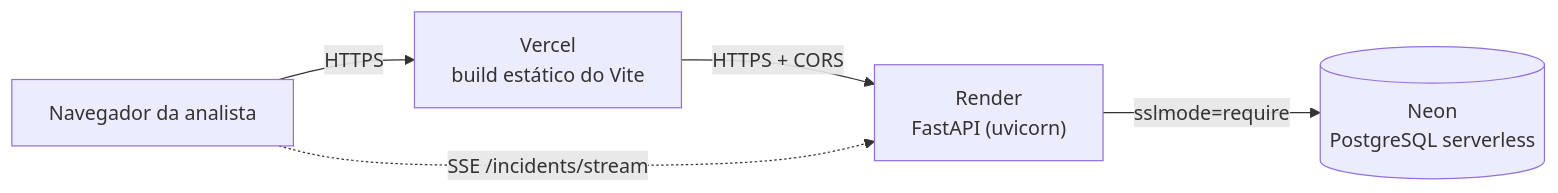
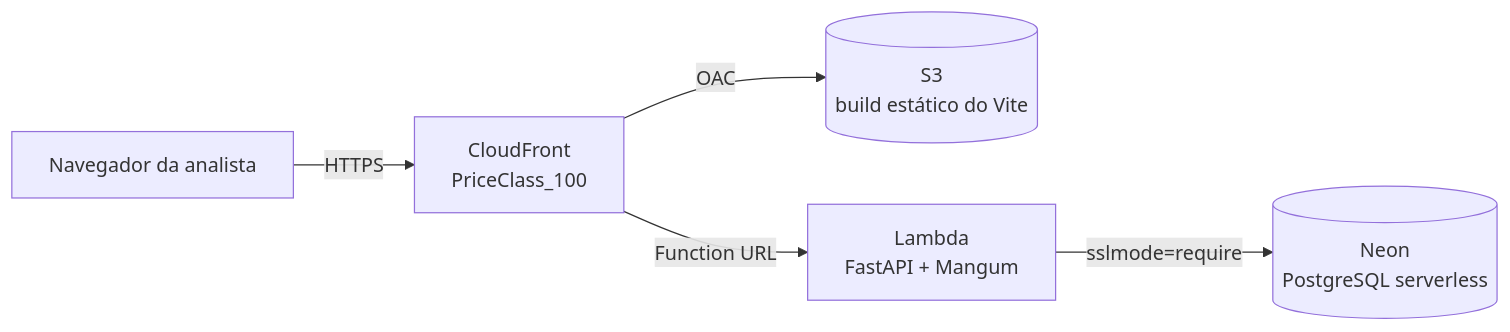
Before and after one commit to Alysson-Araujo/logos: the first of 2 diagrams in docs/08-deploy.md, drawn with Mermaid. The commit also changed other lines of this file and 8 other files, not shown here.

````diff
--- a/docs/08-deploy.md
+++ b/docs/08-deploy.md
@@ -9,7 +14,7 @@
 ```mermaid
 flowchart LR
-    U["Navegador da analista"] -->|HTTPS| V["Vercel<br/>build estático do Vite"]
-    V -->|"HTTPS + CORS"| R["Render<br/>FastAPI (uvicorn)"]
-    R -->|"sslmode=require"| N[("Neon<br/>PostgreSQL serverless")]
-    U -.->|"SSE /incidents/stream"| R
+    U["Navegador da analista"] -->|HTTPS| CF["CloudFront<br/>PriceClass_100"]
+    CF -->|OAC| S3[("S3<br/>build estático do Vite")]
+    CF -->|"Function URL"| LM["Lambda<br/>FastAPI + Mangum"]
+    LM -->|"sslmode=require"| N[("Neon<br/>PostgreSQL serverless")]
 ```
````
